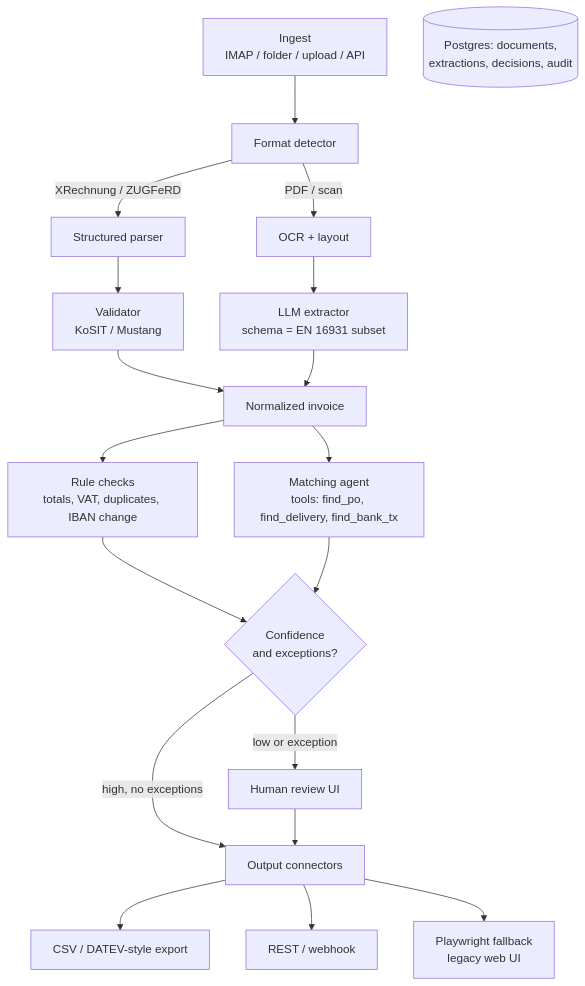
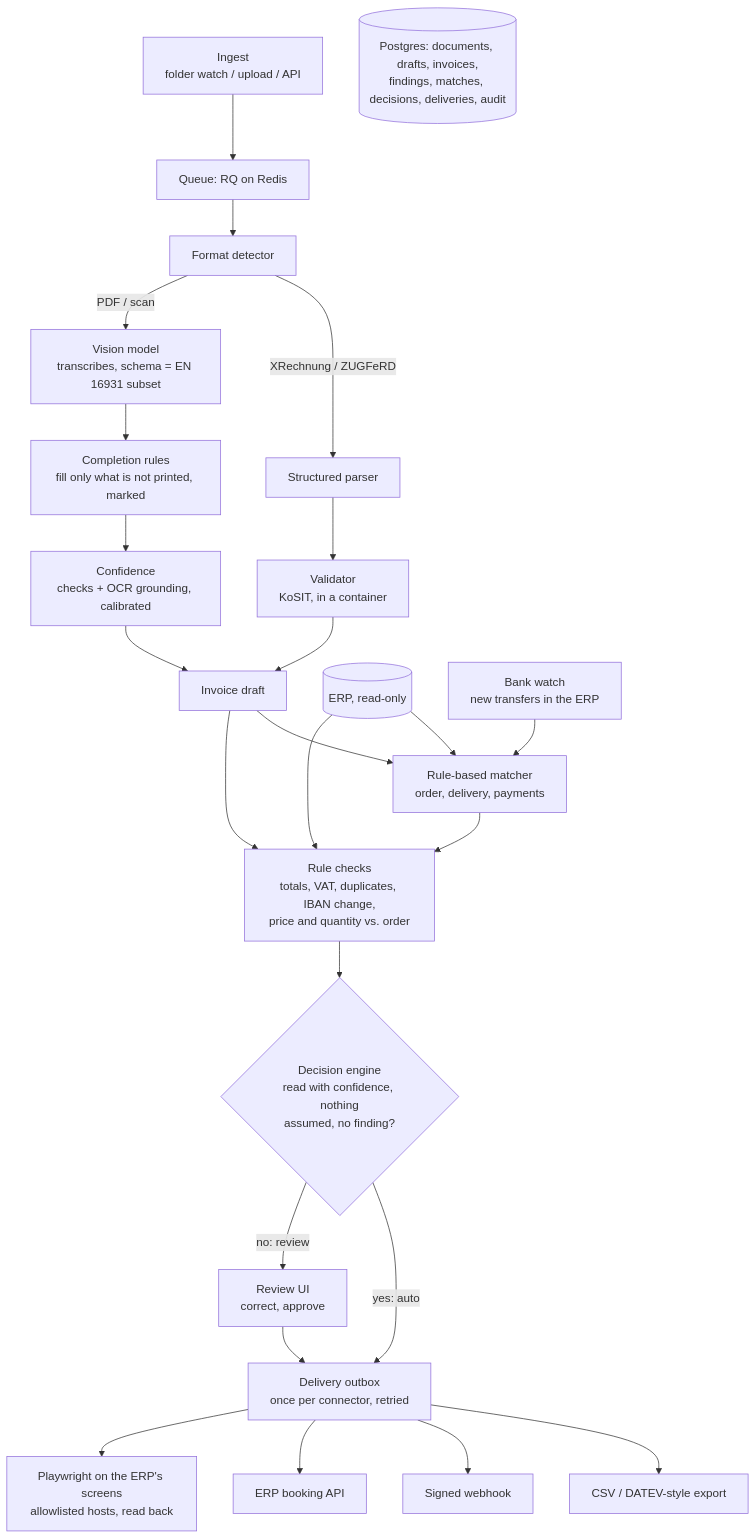
One commit to DyanGao/einvoice-agent changed the diagram in ARCHITECTURE.md. Above: the diagram before and after it, drawn with Mermaid. The commit also changed other lines of this file and 2 other files, not shown here.

First line of the commit message:
Log decisions D1–D11 and bring ARCHITECTURE.md to what is built (#25)

````diff
--- a/ARCHITECTURE.md
+++ b/ARCHITECTURE.md
@@ -8,21 +10,26 @@
 ```mermaid
 flowchart TD
-  IN[Ingest<br/>IMAP / folder / upload / API] --> DET[Format detector]
+  IN[Ingest<br/>folder watch / upload / API] --> Q[Queue: RQ on Redis] --> DET[Format detector]
   DET -->|XRechnung / ZUGFeRD| SP[Structured parser]
-  SP --> VAL[Validator<br/>KoSIT / Mustang]
-  DET -->|PDF / scan| OCR[OCR + layout]
-  OCR --> EX[LLM extractor<br/>schema = EN 16931 subset]
-  VAL --> NORM[Normalized invoice]
-  EX --> NORM
-  NORM --> CHK[Rule checks<br/>totals, VAT, duplicates, IBAN change]
-  NORM --> MA[Matching agent<br/>tools: find_po, find_delivery, find_bank_tx]
-  CHK --> DEC{Confidence<br/>and exceptions?}
-  MA --> DEC
-  DEC -->|high, no exceptions| OUT[Output connectors]
-  DEC -->|low or exception| HR[Human review UI]
+  SP --> VAL[Validator<br/>KoSIT, in a container]
+  DET -->|PDF / scan| EX[Vision model<br/>transcribes, schema = EN 16931 subset]
+  EX --> CR[Completion rules<br/>fill only what is not printed, marked]
+  CR --> CONF[Confidence<br/>checks + OCR grounding, calibrated]
+  VAL --> NORM[Invoice draft]
+  CONF --> NORM
+  NORM --> MA[Rule-based matcher<br/>order, delivery, payments]
+  ERP[(ERP, read-only)] --> MA
+  ERP --> CHK
+  NORM --> CHK[Rule checks<br/>totals, VAT, duplicates, IBAN change,<br/>price and quantity vs. order]
+  MA --> CHK
+  CHK --> DEC{Decision engine<br/>read with confidence, nothing<br/>assumed, no finding?}
+  DEC -->|yes: auto| OUT[Delivery outbox<br/>once per connector, retried]
+  DEC -->|no: review| HR[Review UI<br/>correct, approve]
   HR --> OUT
+  BANK[Bank watch<br/>new transfers in the ERP] --> MA
   OUT --> E1[CSV / DATEV-style export]
-  OUT --> E2[REST / webhook]
-  OUT --> E3[Playwright fallback<br/>legacy web UI]
-  ALL[(Postgres: documents,<br/>extractions, decisions, audit)]
+  OUT --> E2[Signed webhook]
+  OUT --> E3[ERP booking API]
+  OUT --> E4[Playwright on the ERP's screens<br/>allowlisted hosts, read back]
+  ALL[(Postgres: documents, drafts, invoices,<br/>findings, matches, decisions, deliveries, audit)]
 ```
````
